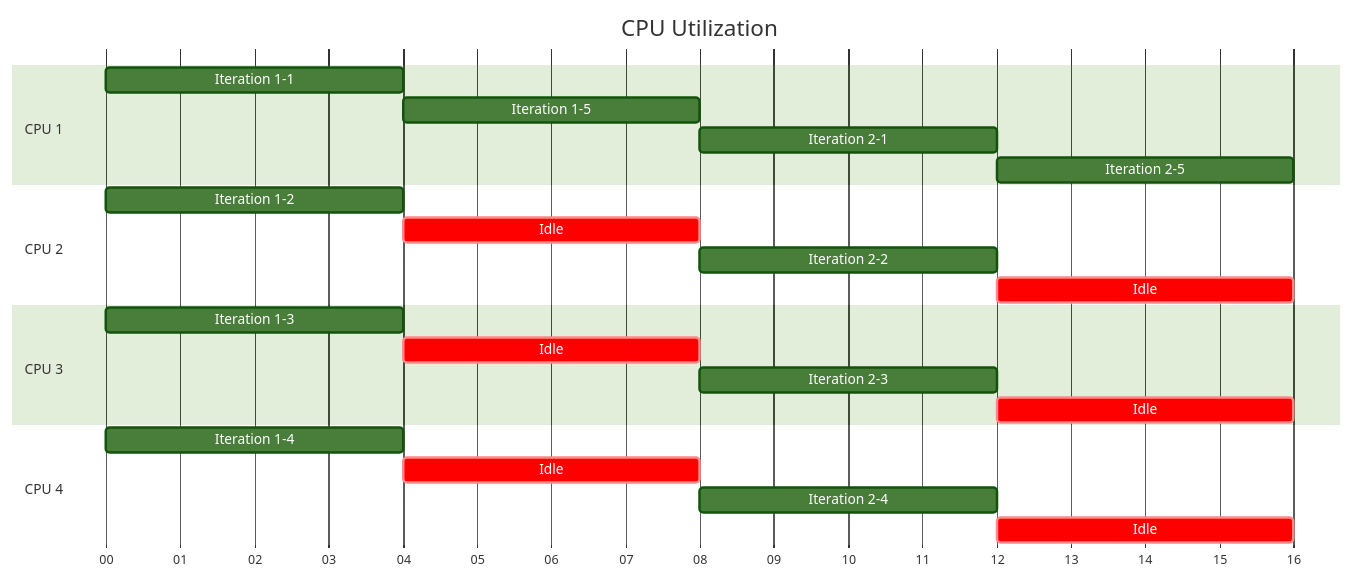
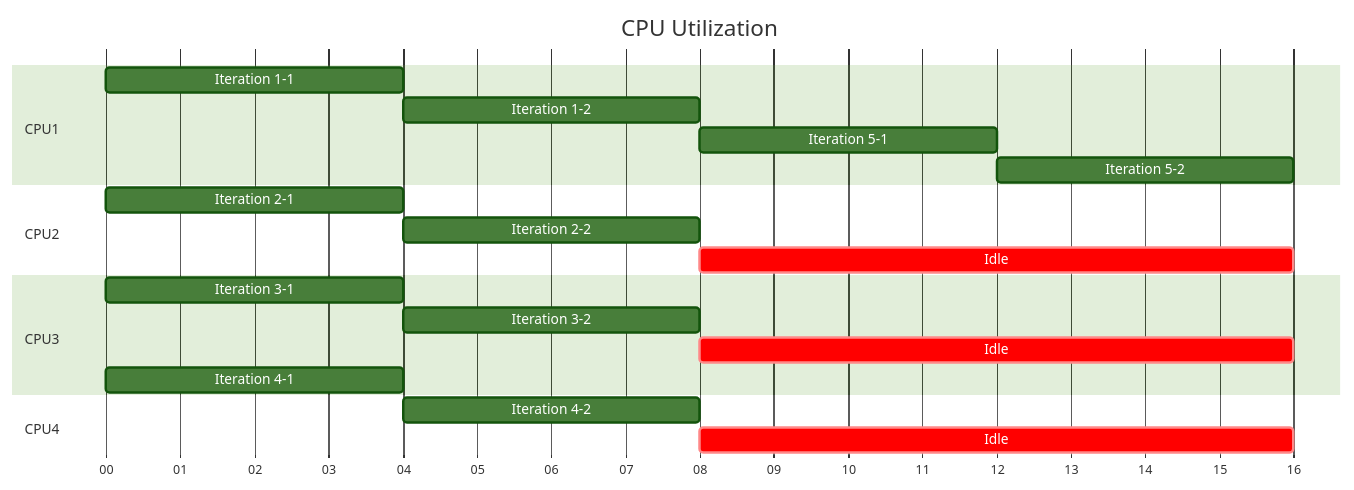
Before and after one commit to mlr-org/mlr3book: the first of 2 diagrams in book/technical.qmd, drawn with Mermaid (forest theme). The commit also changed other lines of this file and 1 other file, not shown here.

````diff
--- a/book/technical.qmd
+++ b/book/technical.qmd
@@ -192,29 +208,28 @@
 ```{mermaid}
+%%| label: fig-parallel-outer
+%%| fig-cap: CPU utilization while parallelizing the outer resampling of a 2-fold cross-validation nested inside a 5-fold cross-validation on 4 CPUs.
 gantt
     title CPU Utilization
     dateFormat  s
     axisFormat %S
-    section CPU 1
+    section CPU1
     Iteration 1-1           :0, 4s
-    Iteration 1-5           :4, 4s
-    Iteration 2-1           :8, 4s
-    Iteration 2-5           :12, 4s
+    Iteration 1-2           :4, 4s
+    Iteration 5-1           :8, 4s
+    Iteration 5-2           :12, 4s
 
-    section CPU 2
-    Iteration 1-2           :0, 4s
-    Idle                    :crit, 4, 4s
-    Iteration 2-2           :8, 4s
-    Idle                    :crit, 12, 4s
+    section CPU2
+    Iteration 2-1           :0, 4s
+    Iteration 2-2           :4, 4s
+    Idle                    :crit, 8, 8s
 
-    section CPU 3
-    Iteration 1-3           :0, 4s
-    Idle                    :crit, 4, 4s
-    Iteration 2-3           :8, 4s
-    Idle                    :crit, 12, 4s
+    section CPU3
+    Iteration 3-1           :0, 4s
+    Iteration 3-2           :4, 4s
+    Idle                    :crit, 8, 8s
 
-    section CPU 4
-    Iteration 1-4           :0, 4s
-    Idle                    :crit, 4, 4s
-    Iteration 2-4           :8, 4s
-    Idle                    :crit, 12, 4s
+    Iteration 4-1           :0, 4s
+    section CPU4
+    Iteration 4-2           :4, 4s
+    Idle                    :crit, 8, 8s
 ```
````
